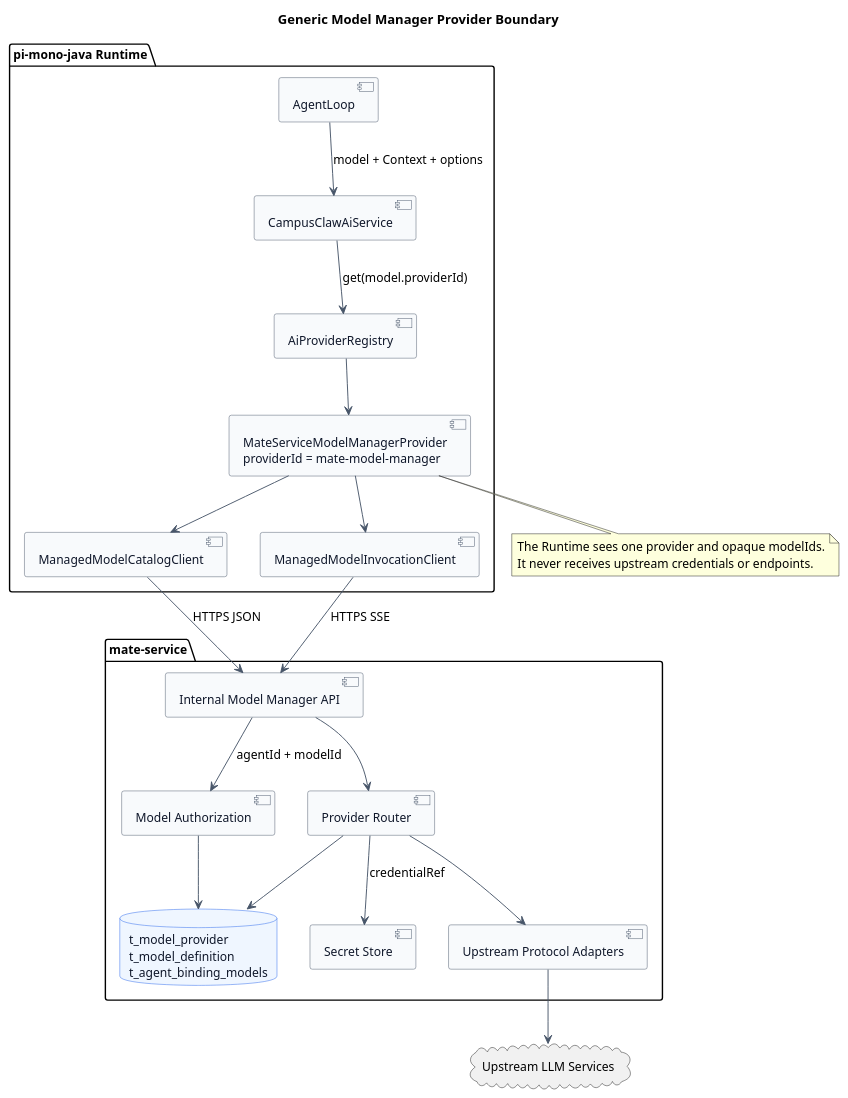
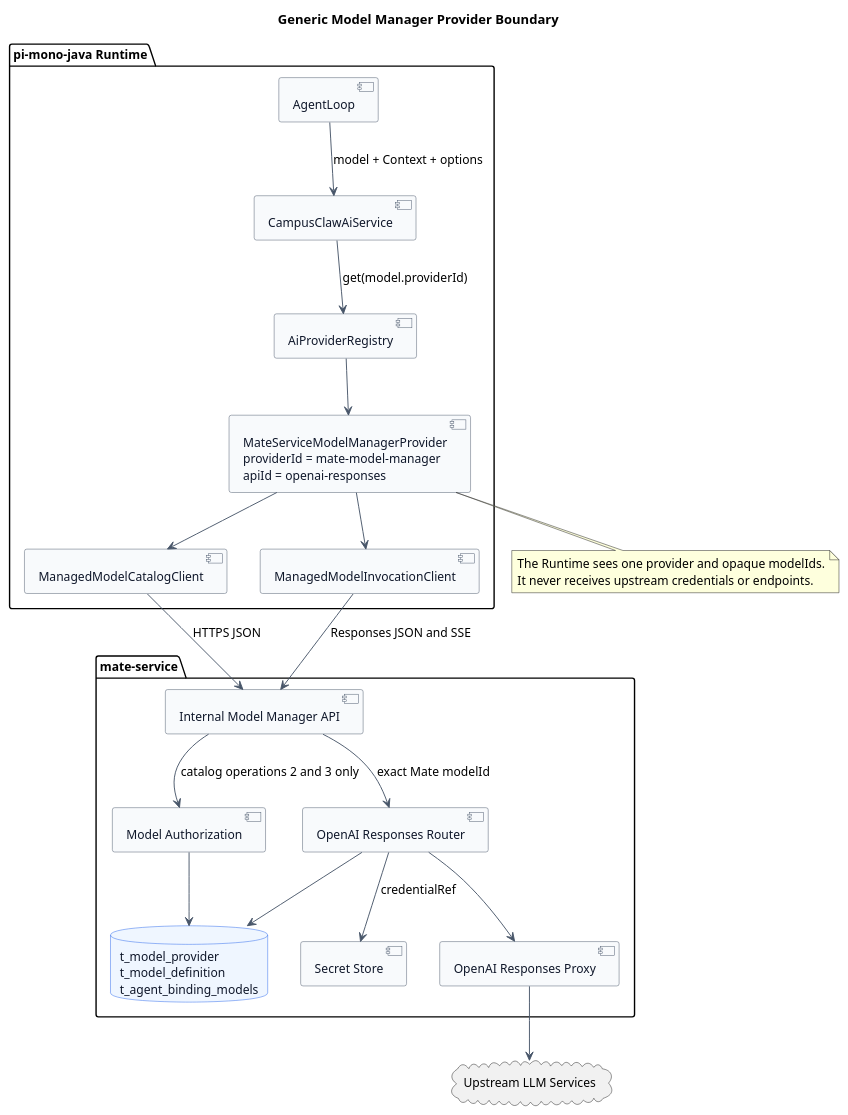
The second of 4 diagrams in model-manager-provider-contract/diagram.puml (ssm0808/pi-mono-java-design), drawn with PlantUML before and after one commit. The commit also changed other lines of this file and 10 other files, not shown here.

Commit message:
docs(model-manager): define Responses provider contract

```diff
--- a/model-manager-provider-contract/diagram.puml
+++ b/model-manager-provider-contract/diagram.puml
@@ -73,66 +73,68 @@
 @startuml generic_provider_boundary
 title Generic Model Manager Provider Boundary
 
 ' Source evidence:
 ' pi-mono packages/ai/src/models.ts: ModelsImpl.requireProvider and stream (lines 628-695)
+' pi-mono packages/ai/src/api/openai-responses.ts: buildParams and stream (lines 99-189 and 273-344)
 ' pi-mono-java modules/ai/src/main/java/com/campusclaw/ai/CampusClawAiService.java: resolveProvider (lines 141-147)
+' pi-mono-java modules/ai/src/main/java/com/campusclaw/ai/provider/openai/OpenAIResponsesProvider.java: buildParams and handleResponseEvent
 ' mate-service README.md: model gateway gap (line 116)
 ' Architecture change: Java resolves an AiProvider by model.providerId instead of resolving an ApiProvider by model.api.
 ' Security hardening: upstream endpoints, credentials, provider ids, and vendor model ids remain inside mate-service.
 
 skinparam backgroundColor #FFFFFF
 skinparam shadowing false
 skinparam defaultFontName Arial
 skinparam defaultFontSize 13
 skinparam component {
   BackgroundColor #F8FAFC
   BorderColor #475569
   FontColor #0F172A
 }
 skinparam database {
   BackgroundColor #EFF6FF
   BorderColor #2563EB
   FontColor #0F172A
 }
 skinparam ArrowColor #475569
 
 package "pi-mono-java Runtime" {
   [AgentLoop] as Loop
   [CampusClawAiService] as AiService
   [AiProviderRegistry] as Registry
-  [MateServiceModelManagerProvider\nproviderId = mate-model-manager] as GenericProvider
+  [MateServiceModelManagerProvider\nproviderId = mate-model-manager\napiId = openai-responses] as GenericProvider
   [ManagedModelCatalogClient] as CatalogClient
   [ManagedModelInvocationClient] as InvocationClient
 }
 
 package "mate-service" {
   [Internal Model Manager API] as ManagerApi
   [Model Authorization] as Authorization
-  [Provider Router] as Router
+  [OpenAI Responses Router] as Router
   database "t_model_provider\nt_model_definition\nt_agent_binding_models" as Catalog
   [Secret Store] as Secrets
-  [Upstream Protocol Adapters] as Adapters
+  [OpenAI Responses Proxy] as Adapters
 }
 
 cloud "Upstream LLM Services" as Vendors
 
 Loop --> AiService : model + Context + options
 AiService --> Registry : get(model.providerId)
 Registry --> GenericProvider
 GenericProvider --> CatalogClient
 GenericProvider --> InvocationClient
 CatalogClient --> ManagerApi : HTTPS JSON
-InvocationClient --> ManagerApi : HTTPS SSE
-ManagerApi --> Authorization : agentId + modelId
+InvocationClient --> ManagerApi : Responses JSON and SSE
+ManagerApi --> Authorization : catalog operations 2 and 3 only
 Authorization --> Catalog
-ManagerApi --> Router
+ManagerApi --> Router : exact Mate modelId
 Router --> Catalog
 Router --> Secrets : credentialRef
 Router --> Adapters
 Adapters --> Vendors
 
 note bottom of GenericProvider
 The Runtime sees one provider and opaque modelIds.
 It never receives upstream credentials or endpoints.
 end note
 @enduml
```
